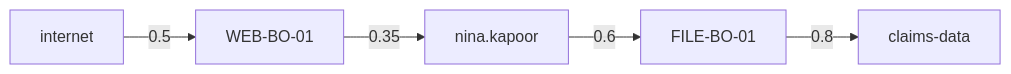
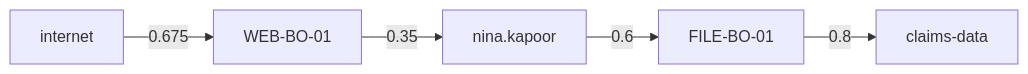
Before and after one commit to Datum-Collective/Paladin: the fourth of 8 diagrams in HOW_IT_WORKS.md, drawn with Mermaid. The commit also changed other lines of this file, not shown here.

````diff
--- a/HOW_IT_WORKS.md
+++ b/HOW_IT_WORKS.md
@@ -70,4 +83,4 @@
 ```mermaid
 flowchart LR
-    a[internet] -- 0.5 --> b[WEB-BO-01] -- 0.35 --> c[nina.kapoor] -- 0.6 --> d[FILE-BO-01] -- 0.8 --> e[claims-data]
+    a[internet] -- "0.675" --> b[WEB-BO-01] -- "0.35" --> c[nina.kapoor] -- "0.6" --> d[FILE-BO-01] -- "0.8" --> e[claims-data]
 ```
````
